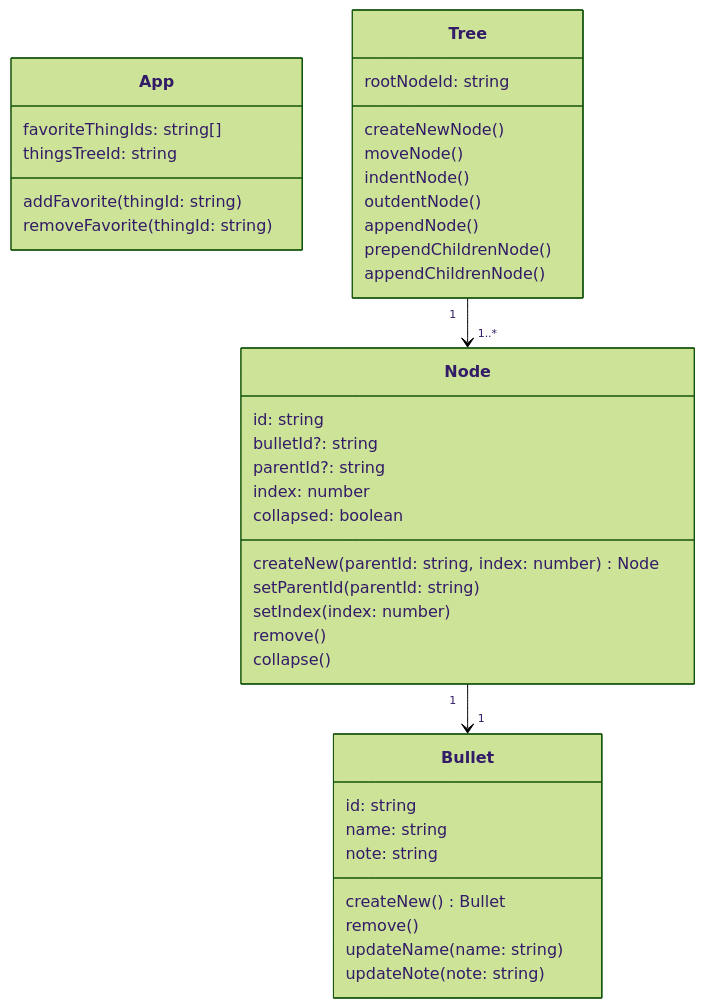
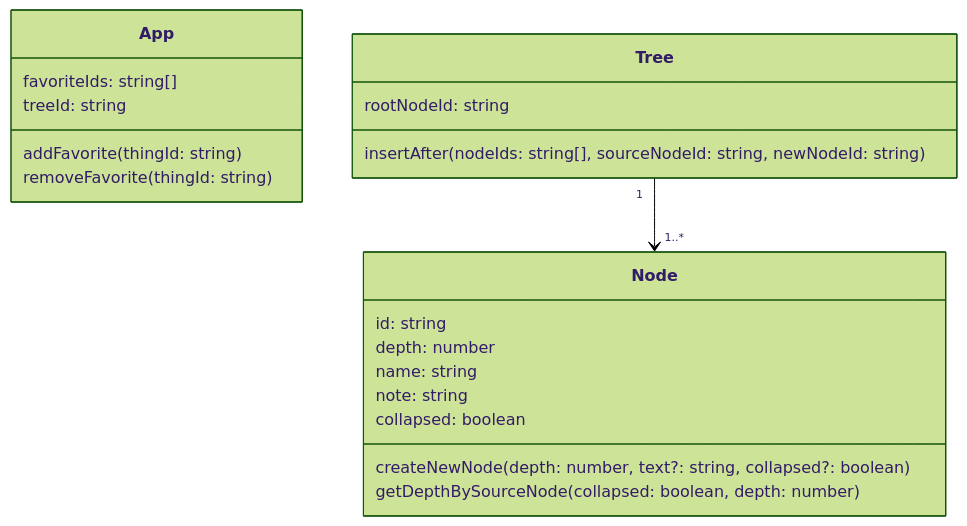
The diagram in README.md (wes5510/voyl), drawn with Mermaid (forest theme) before and after one commit. The commit also changed other lines of this file and 99 other files, not shown here.

````diff
--- a/README.md
+++ b/README.md
@@ -37,46 +38,26 @@
 ```mermaid
 classDiagram
 	class App {
-		favoriteThingIds: string[]
-		thingsTreeId: string
+		favoriteIds: string[]
+		treeId: string
 		addFavorite(thingId: string)
 		removeFavorite(thingId: string)
 	}
-	
-	class Bullet {
-		id: string
-		name: string
-		note: string
-	  createNew() Bullet
-	  remove()
-	  updateName(name: string)
-	  updateNote(note: string)
-	}
-	
+
 	class Tree {
 		rootNodeId: string
-		createNewNode()
-		moveNode()
-		indentNode()
-		outdentNode()
-		appendNode()
-		prependChildrenNode()
-		appendChildrenNode()
+    insertAfter(nodeIds: string[], sourceNodeId: string, newNodeId: string)
 	}
-	
+
 	class Node {
 		id: string
-		bulletId?: string
-		parentId?: string
-		index: number
+    depth: number
+    name: string
+    note: string
 		collapsed: boolean
-		createNew(parentId: string, index: number) Node
-		setParentId(parentId: string)
-		setIndex(index: number)
-		remove()
-		collapse()
+    createNewNode(depth: number, text?: string, collapsed?: boolean)
+    getDepthBySourceNode(collapsed: boolean, depth: number)
 	}
-	
+
 	Tree "1" --> "1..*" Node
-	Node "1" --> "1" Bullet
 ```
````
